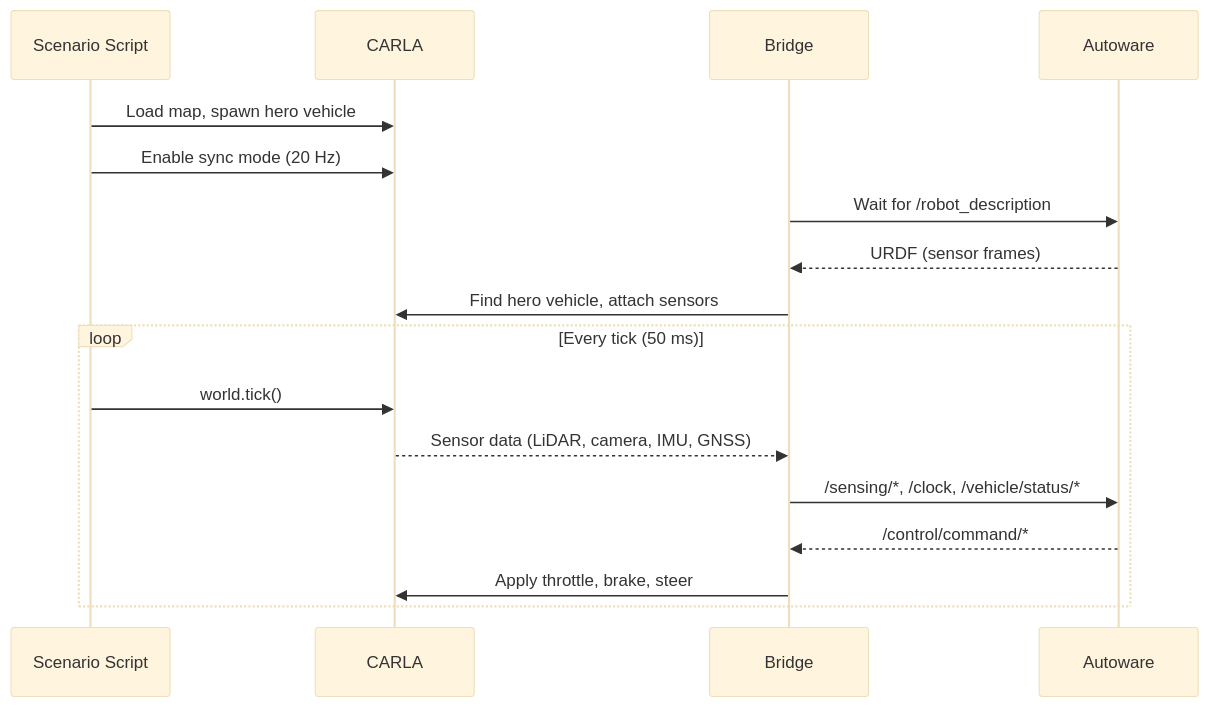
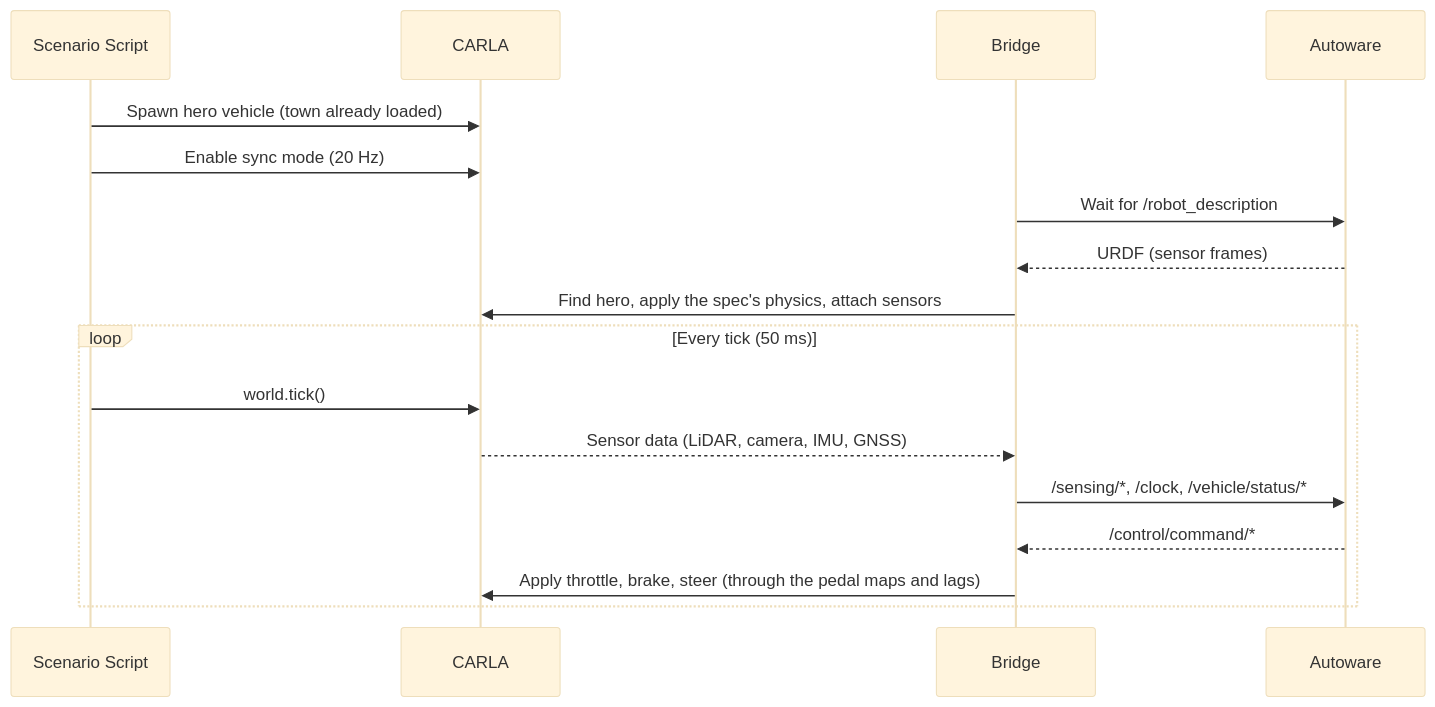
One commit to NEWSLabNTU/autoware_carla_bridge changed the diagram in README.md. Above: the diagram before and after it, drawn with Mermaid (base theme). The commit also changed other lines of this file and 9 other files, not shown here.

````diff
--- a/README.md
+++ b/README.md
@@ -95,22 +148,22 @@
 ```mermaid
 sequenceDiagram
     participant S as Scenario Script
     participant C as CARLA
     participant B as Bridge
     participant A as Autoware
 
-    S->>C: Load map, spawn hero vehicle
+    S->>C: Spawn hero vehicle (town already loaded)
     S->>C: Enable sync mode (20 Hz)
 
     B->>A: Wait for /robot_description
     A-->>B: URDF (sensor frames)
-    B->>C: Find hero vehicle, attach sensors
+    B->>C: Find hero, apply the spec's physics, attach sensors
 
     loop Every tick (50 ms)
         S->>C: world.tick()
         C-->>B: Sensor data (LiDAR, camera, IMU, GNSS)
         B->>A: /sensing/*, /clock, /vehicle/status/*
         A-->>B: /control/command/*
-        B->>C: Apply throttle, brake, steer
+        B->>C: Apply throttle, brake, steer (through the pedal maps and lags)
     end
 ```
````
